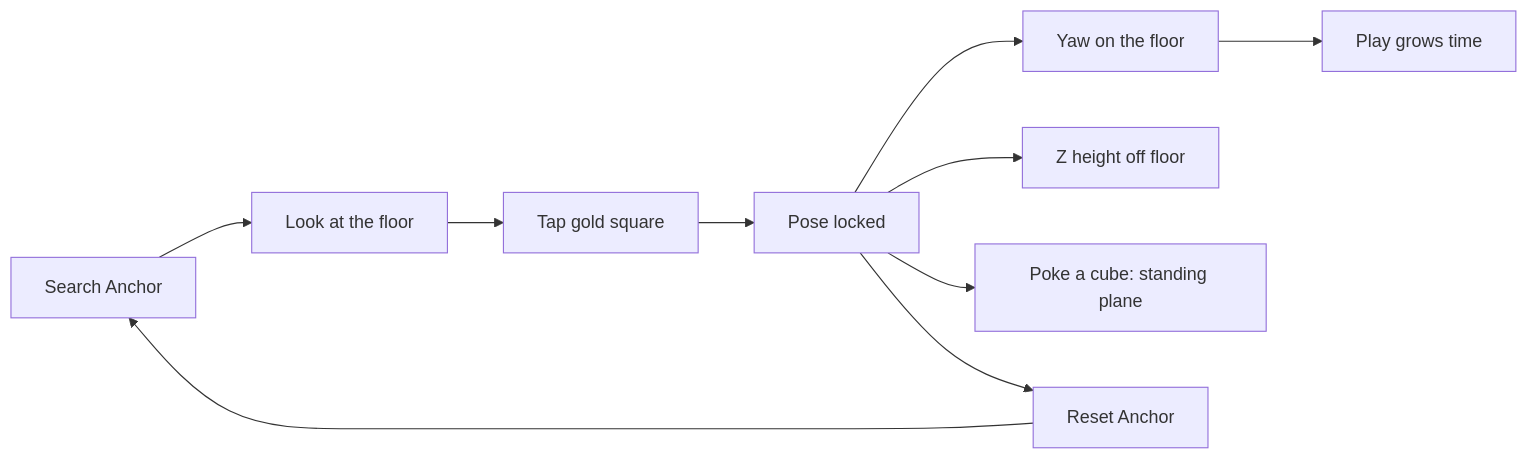
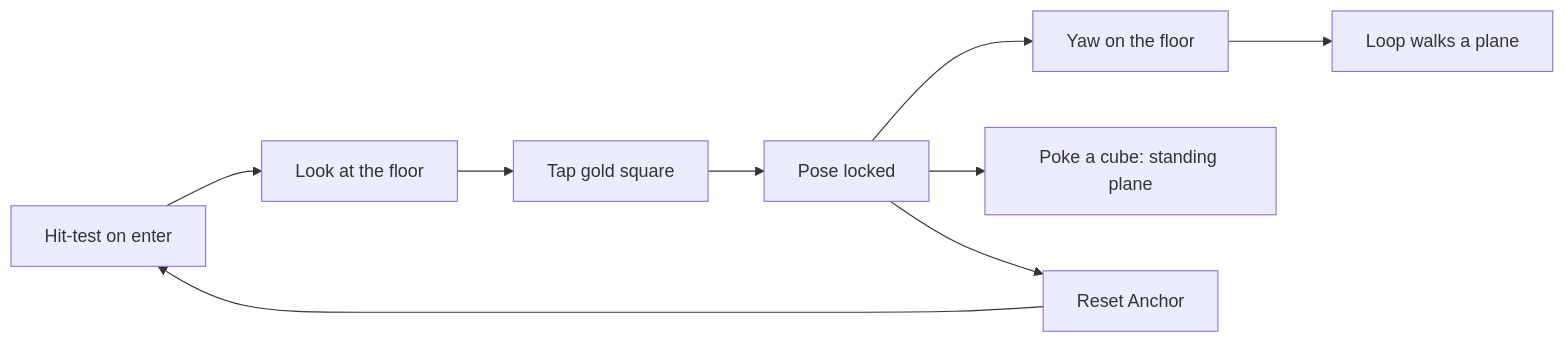
Before and after one commit to PiMaV/DONNER: the fourth of 19 diagrams in docs/gui.md, drawn with Mermaid. The commit also changed other lines of this file and 22 other files, not shown here.

````diff
--- a/docs/gui.md
+++ b/docs/gui.md
@@ -98,16 +114,14 @@
 ```mermaid
 flowchart LR
-  search2[Search Anchor]
+  search2[Hit-test on enter]
   look[Look at the floor]
   tap2[Tap gold square]
   lock2[Pose locked]
   reset2[Reset Anchor]
-  height2[Z height off floor]
   yaw2[Yaw on the floor]
-  play[Play grows time]
+  loop[Loop walks a plane]
   poke[Poke a cube: standing plane]
-  search2 --> look --> tap2 --> lock2 --> yaw2 --> play
-  lock2 --> height2
+  search2 --> look --> tap2 --> lock2 --> yaw2 --> loop
   lock2 --> poke
   lock2 --> reset2 --> search2
 ```
````
